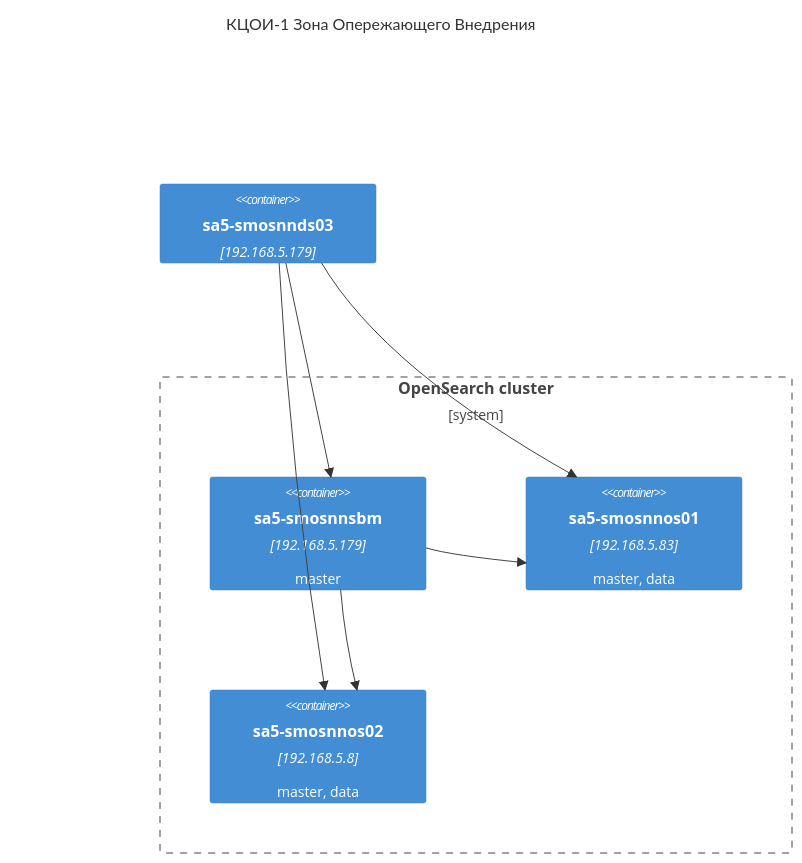
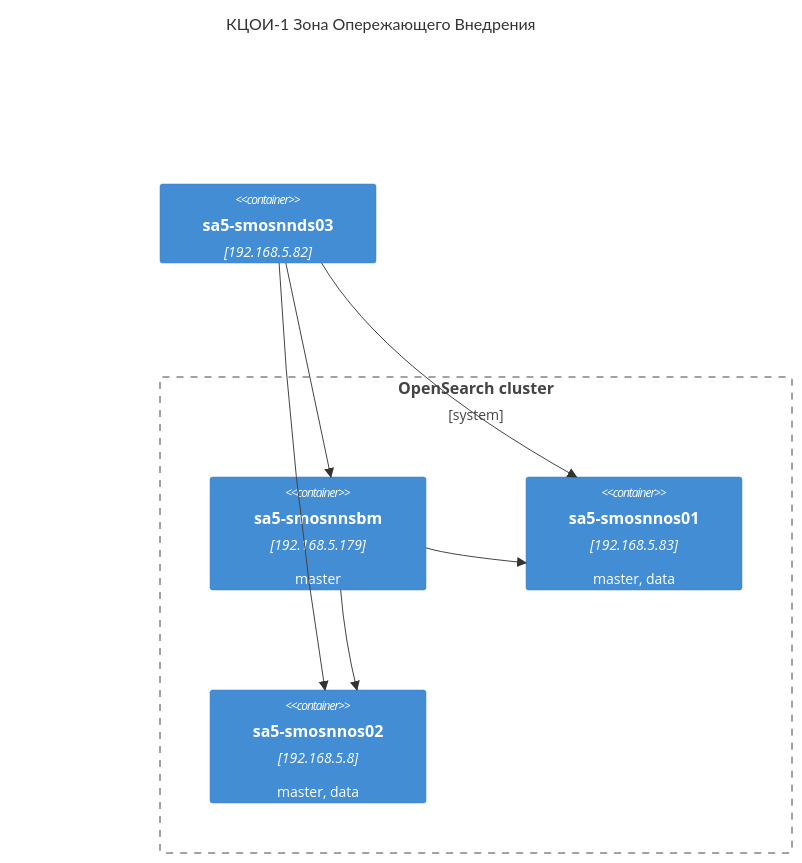
The first of 3 diagrams in README.md (vadim-kosarev/jj), drawn with Mermaid before and after one commit. The commit also changed other lines of this file, not shown here.

````diff
--- a/README.md
+++ b/README.md
@@ -1,22 +1,22 @@
 ```mermaid
 
 C4Context
     title КЦОИ-1 Зона Опережающего Внедрения
 
-    Container(sa5-smosnnds03, "sa5-smosnnds03", "192.168.5.179")
+    Container(sa5-smosnnds03, "sa5-smosnnds03", "192.168.5.82")
 
     Boundary(os, "OpenSearch cluster") {
         Container(sa5-smosnnsbm, "sa5-smosnnsbm", "192.168.5.179", "master")
         Container(sa5-smosnnos01, "sa5-smosnnos01", "192.168.5.83", "master, data")
         Container(sa5-smosnnos02, "sa5-smosnnos02", "192.168.5.8", "master, data")
     }
 
     Rel(sa5-smosnnds03, sa5-smosnnsbm, "")
     Rel(sa5-smosnnds03, sa5-smosnnos01, "")
     Rel(sa5-smosnnds03, sa5-smosnnos02, "")
 
     Rel(sa5-smosnnsbm, sa5-smosnnos01, "")
     Rel(sa5-smosnnsbm, sa5-smosnnos02, "")
 
 
 ```
````
